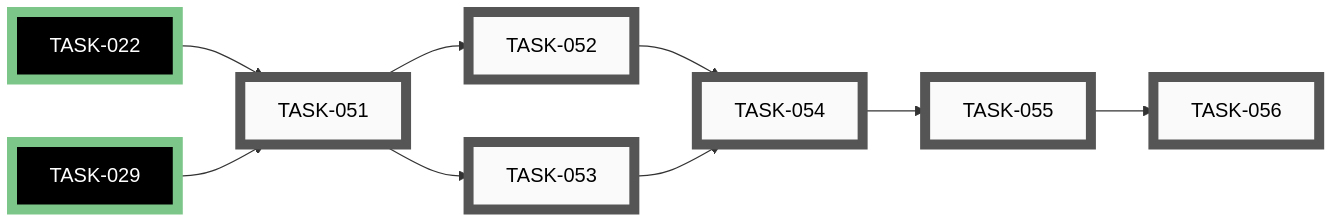
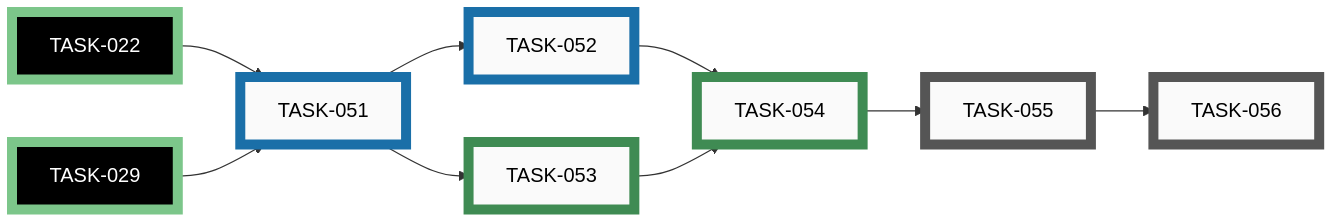
The eighth of 9 diagrams in docs/developers/tasks/EPICS.md (tgd1975/PartsLedger), drawn with Mermaid before and after one commit. The commit also changed other lines of this file and 36 other files, not shown here.

First line of the commit message:
resistor-reader: V1 localise + decode + uniformity + CLI (EPIC-008)

````diff
--- a/docs/developers/tasks/EPICS.md
+++ b/docs/developers/tasks/EPICS.md
@@ -415,35 +415,35 @@
 ```mermaid
 graph LR
-    TASK_051["TASK-051"]:::open
-    TASK_052["TASK-052"]:::open
-    TASK_053["TASK-053"]:::open
-    TASK_054["TASK-054"]:::open
     TASK_055["TASK-055"]:::open
     TASK_056["TASK-056"]:::open
+    TASK_051["TASK-051"]:::active
+    TASK_052["TASK-052"]:::active
+    TASK_053["TASK-053"]:::closed
+    TASK_054["TASK-054"]:::closed
     TASK_022["TASK-022"]:::closedExt
     TASK_029["TASK-029"]:::closedExt
+    TASK_054 --> TASK_055
+    TASK_055 --> TASK_056
     TASK_022 --> TASK_051
     TASK_029 --> TASK_051
     TASK_051 --> TASK_052
     TASK_051 --> TASK_053
     TASK_052 --> TASK_054
     TASK_053 --> TASK_054
-    TASK_054 --> TASK_055
-    TASK_055 --> TASK_056
-    click TASK_051 "open/task-051-resistor-localisation-v1.md"
-    click TASK_052 "open/task-052-resistor-band-reading-eia.md"
-    click TASK_053 "open/task-053-resistor-uniformity-check.md"
-    click TASK_054 "open/task-054-resistor-extra-packaging.md"
     click TASK_055 "open/task-055-resistor-trained-detector-v2.md"
     click TASK_056 "open/task-056-resistor-live-overlay-v2.md"
+    click TASK_051 "active/task-051-resistor-localisation-v1.md"
+    click TASK_052 "active/task-052-resistor-band-reading-eia.md"
+    click TASK_053 "closed/task-053-resistor-uniformity-check.md"
+    click TASK_054 "closed/task-054-resistor-extra-packaging.md"
     click TASK_022 "closed/task-022-adopt-src-layout.md"
     click TASK_029 "closed/task-029-optional-dependencies-extras.md"
     classDef open    fill:#FAFAFA,stroke:#555,stroke-width:8px,color:#000
     classDef active  fill:#FAFAFA,stroke:#1A6FA8,stroke-width:8px,color:#000
     classDef closed  fill:#FAFAFA,stroke:#3F8B53,stroke-width:8px,color:#000
     classDef paused  fill:#FAFAFA,stroke:#B07810,stroke-width:8px,color:#000
     classDef openExt    fill:#000,stroke:#888,stroke-width:8px,color:#FFF
     classDef activeExt  fill:#000,stroke:#3FA9F5,stroke-width:8px,color:#FFF
     classDef closedExt  fill:#000,stroke:#7CC68A,stroke-width:8px,color:#FFF
     classDef pausedExt  fill:#000,stroke:#F0B030,stroke-width:8px,color:#FFF
 ```
````
